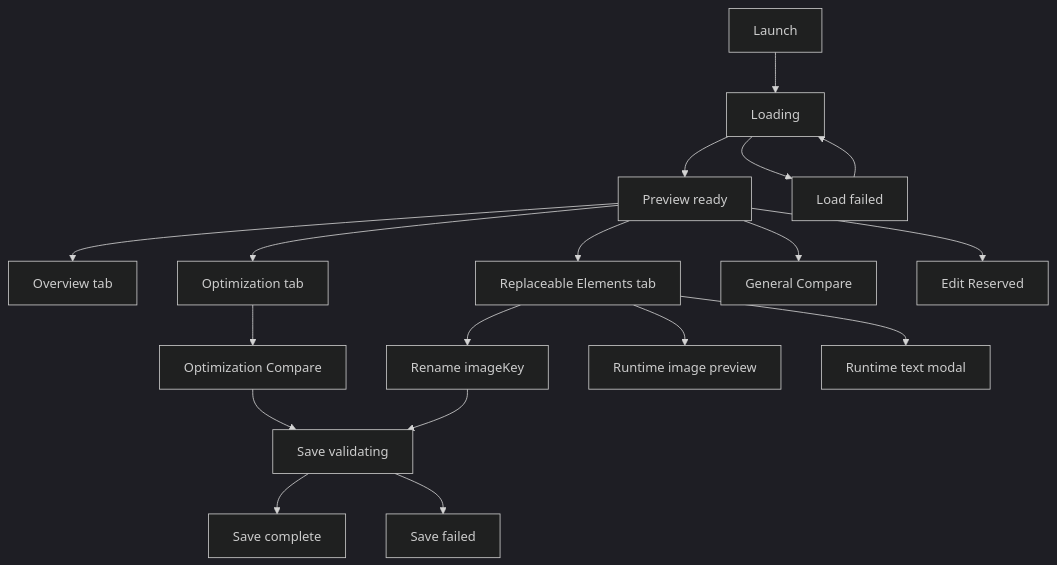
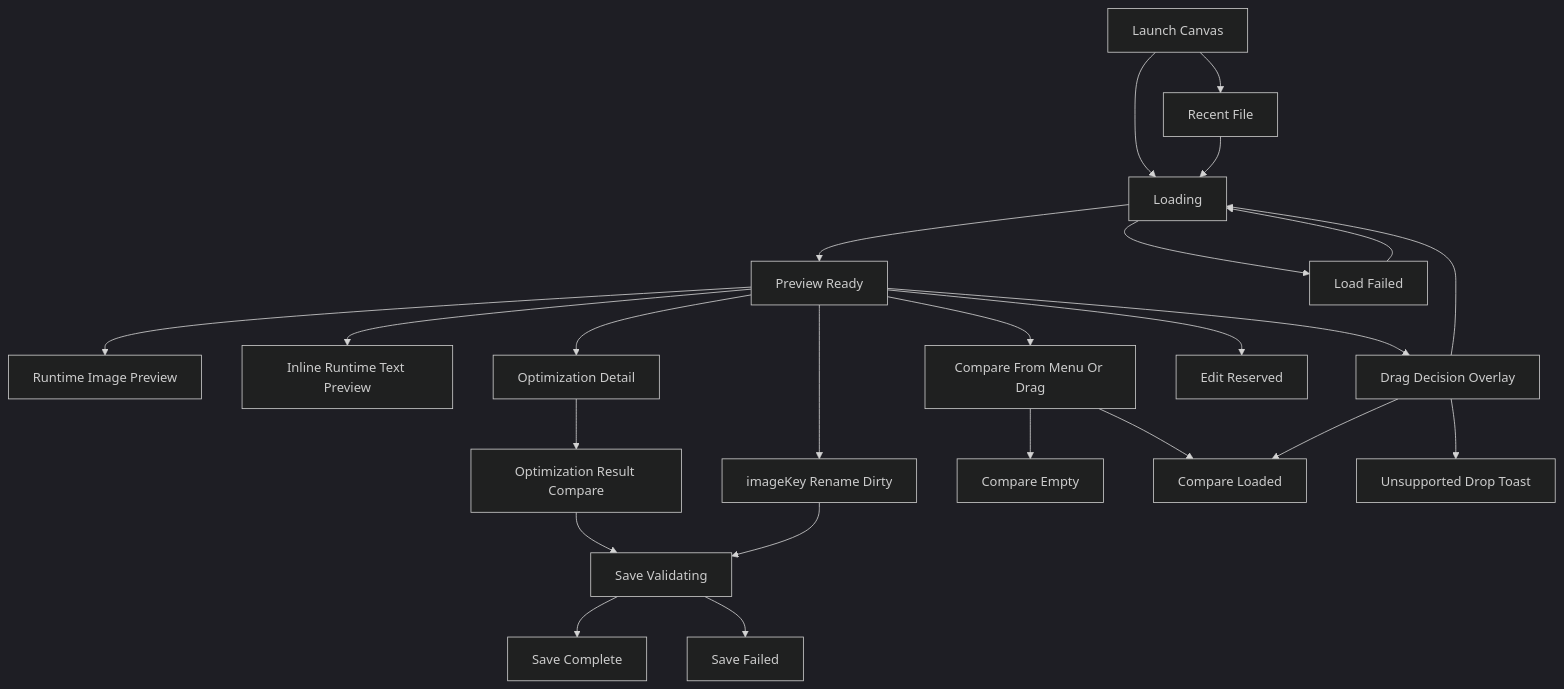
Before and after one commit to AuggyH/auto-svga: the diagram in docs/product/SHORT_TERM_UI_UX_LOW_FIDELITY_IA.md, drawn with Mermaid (dark theme). The commit also changed other lines of this file and 5 other files, not shown here.

````diff
--- a/docs/product/SHORT_TERM_UI_UX_LOW_FIDELITY_IA.md
+++ b/docs/product/SHORT_TERM_UI_UX_LOW_FIDELITY_IA.md
@@ -92,20 +106,26 @@
 ```mermaid
 flowchart TD
-  Launch["Launch"] --> Loading["Loading"]
-  Loading --> Preview["Preview ready"]
-  Loading --> Failed["Load failed"]
+  Launch["Launch Canvas"] --> Loading["Loading"]
+  Launch --> Recent["Recent File"]
+  Recent --> Loading
+  Loading --> Preview["Preview Ready"]
+  Loading --> Failed["Load Failed"]
   Failed --> Loading
-  Preview --> Overview["Overview tab"]
-  Preview --> Optimization["Optimization tab"]
-  Preview --> Replaceable["Replaceable Elements tab"]
-  Optimization --> OptCompare["Optimization Compare"]
-  Replaceable --> Rename["Rename imageKey"]
-  Replaceable --> RuntimeImage["Runtime image preview"]
-  Replaceable --> RuntimeText["Runtime text modal"]
-  Preview --> Compare["General Compare"]
+  Preview --> RuntimeImage["Runtime Image Preview"]
+  Preview --> RuntimeText["Inline Runtime Text Preview"]
+  Preview --> RenameDirty["imageKey Rename Dirty"]
+  Preview --> OptDetail["Optimization Detail"]
+  OptDetail --> OptCompare["Optimization Result Compare"]
+  OptCompare --> SaveValidating["Save Validating"]
+  RenameDirty --> SaveValidating
+  SaveValidating --> SaveComplete["Save Complete"]
+  SaveValidating --> SaveFailed["Save Failed"]
+  Preview --> CompareEntry["Compare From Menu Or Drag"]
+  CompareEntry --> CompareEmpty["Compare Empty"]
+  CompareEntry --> CompareLoaded["Compare Loaded"]
+  Preview --> DragDecision["Drag Decision Overlay"]
+  DragDecision --> Loading
+  DragDecision --> CompareLoaded
+  DragDecision --> Unsupported["Unsupported Drop Toast"]
   Preview --> Edit["Edit Reserved"]
-  Rename --> SaveValidating["Save validating"]
-  OptCompare --> SaveValidating
-  SaveValidating --> SaveComplete["Save complete"]
-  SaveValidating --> SaveFailed["Save failed"]
 ```
````
